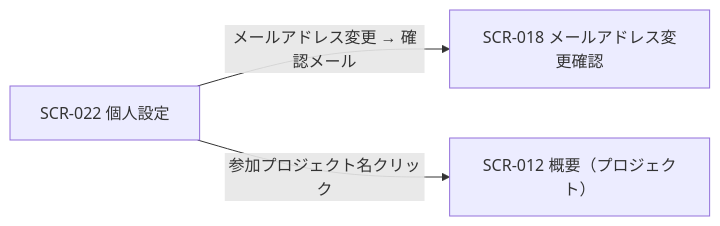
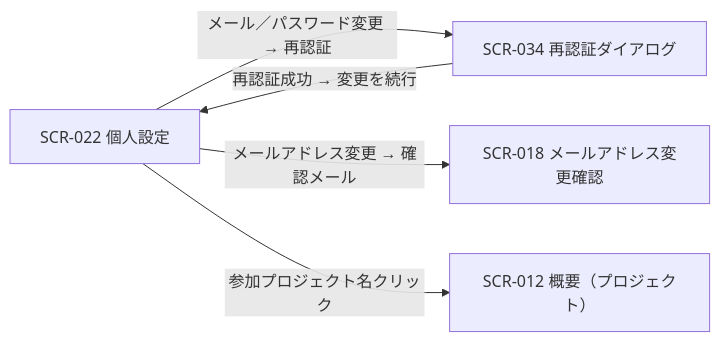
The diagram in 02_basic_design/01_frontend/01_screens/SCR-022.md (sikakou54/open-faq), drawn with Mermaid before and after one commit. The commit also changed other lines of this file and 99 other files, not shown here.

````diff
--- a/02_basic_design/01_frontend/01_screens/SCR-022.md
+++ b/02_basic_design/01_frontend/01_screens/SCR-022.md
@@ -29,8 +30,11 @@
 ```mermaid
 flowchart LR
   S1["SCR-022 個人設定"]
   S2["SCR-018 メールアドレス変更確認"]
   S3["SCR-012 概要（プロジェクト）"]
+  S4["SCR-034 再認証ダイアログ"]
+  S1 -->|メール／パスワード変更 → 再認証| S4
+  S4 -->|再認証成功 → 変更を続行| S1
   S1 -->|メールアドレス変更 → 確認メール| S2
   S1 -->|参加プロジェクト名クリック| S3
 ```
````
